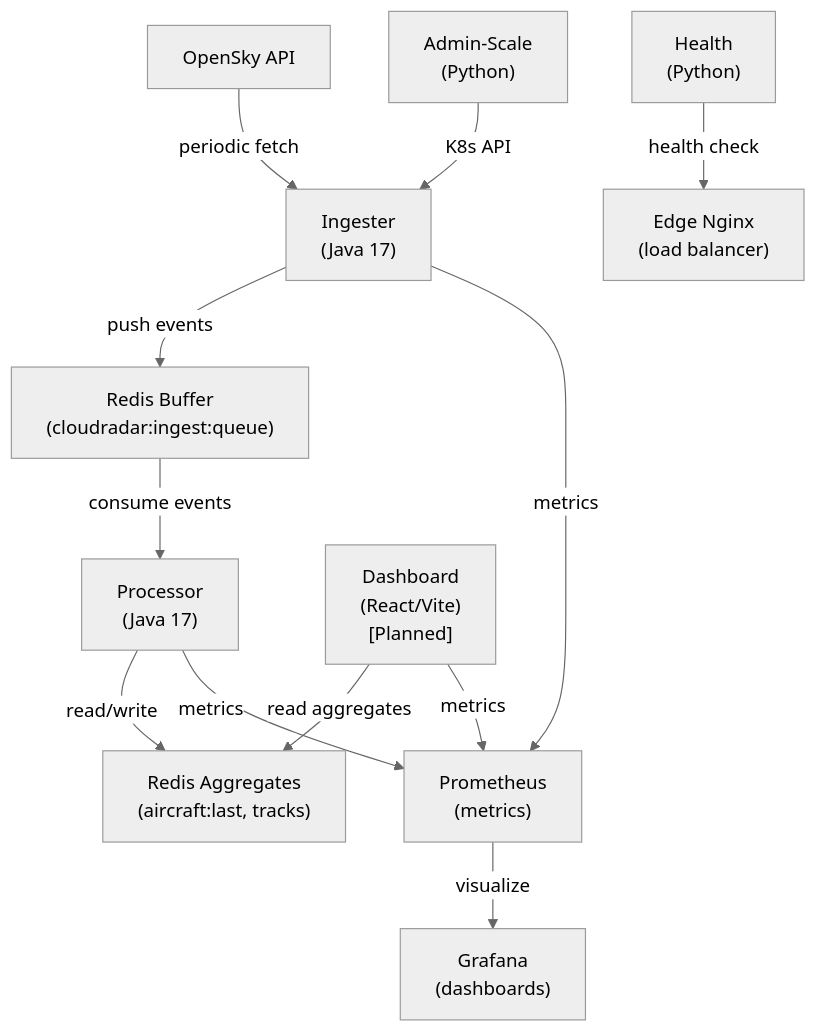
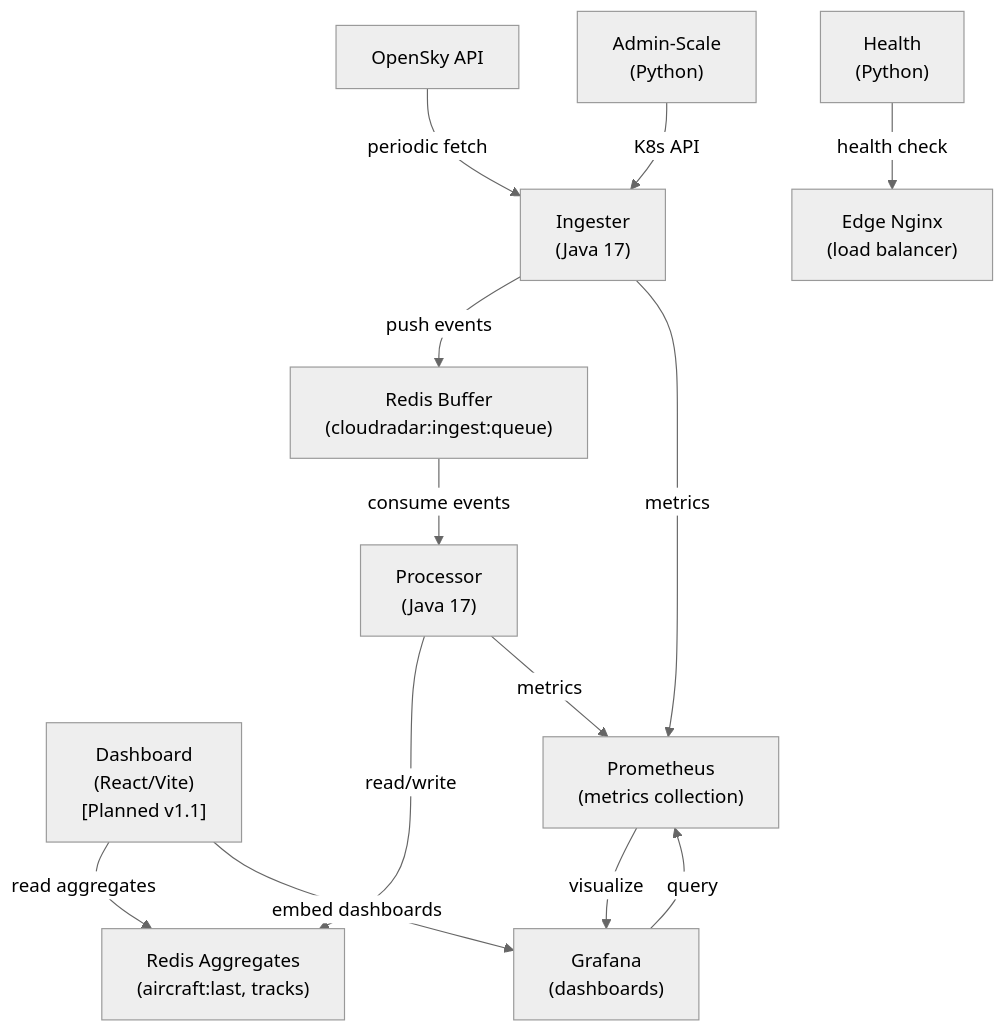
Before and after one commit to ClementV78/CloudRadar: the first of 7 diagrams in docs/architecture/application-architecture.md, drawn with Mermaid (neutral theme). The commit also changed other lines of this file, not shown here.

Commit message:
docs(app): clarify section 5 (dashboard not yet implemented, prometheus metrics)

````diff
--- a/docs/architecture/application-architecture.md
+++ b/docs/architecture/application-architecture.md
@@ -15,26 +15,27 @@
 ```mermaid
 graph TB
     OpenSky["OpenSky API"]
     Ingester["Ingester<br/>(Java 17)"]
     Redis["Redis Buffer<br/>(cloudradar:ingest:queue)"]
     Processor["Processor<br/>(Java 17)"]
     RedisAgg["Redis Aggregates<br/>(aircraft:last, tracks)"]
     Health["Health<br/>(Python)"]
     AdminScale["Admin-Scale<br/>(Python)"]
     Edge["Edge Nginx<br/>(load balancer)"]
-    Dashboard["Dashboard<br/>(React/Vite)<br/>[Planned]"]
-    Prometheus["Prometheus<br/>(metrics)"]
+    Dashboard["Dashboard<br/>(React/Vite)<br/>[Planned v1.1]"]
+    Prometheus["Prometheus<br/>(metrics collection)"]
     Grafana["Grafana<br/>(dashboards)"]
 
     OpenSky -->|periodic fetch| Ingester
     Ingester -->|push events| Redis
     Redis -->|consume events| Processor
     Processor -->|read/write| RedisAgg
     Health -->|health check| Edge
     AdminScale -->|K8s API| Ingester
     Ingester -->|metrics| Prometheus
     Processor -->|metrics| Prometheus
     Prometheus -->|visualize| Grafana
     Dashboard -->|read aggregates| RedisAgg
-    Dashboard -->|metrics| Prometheus
+    Dashboard -->|embed dashboards| Grafana
+    Grafana -->|query| Prometheus
 ```
````
